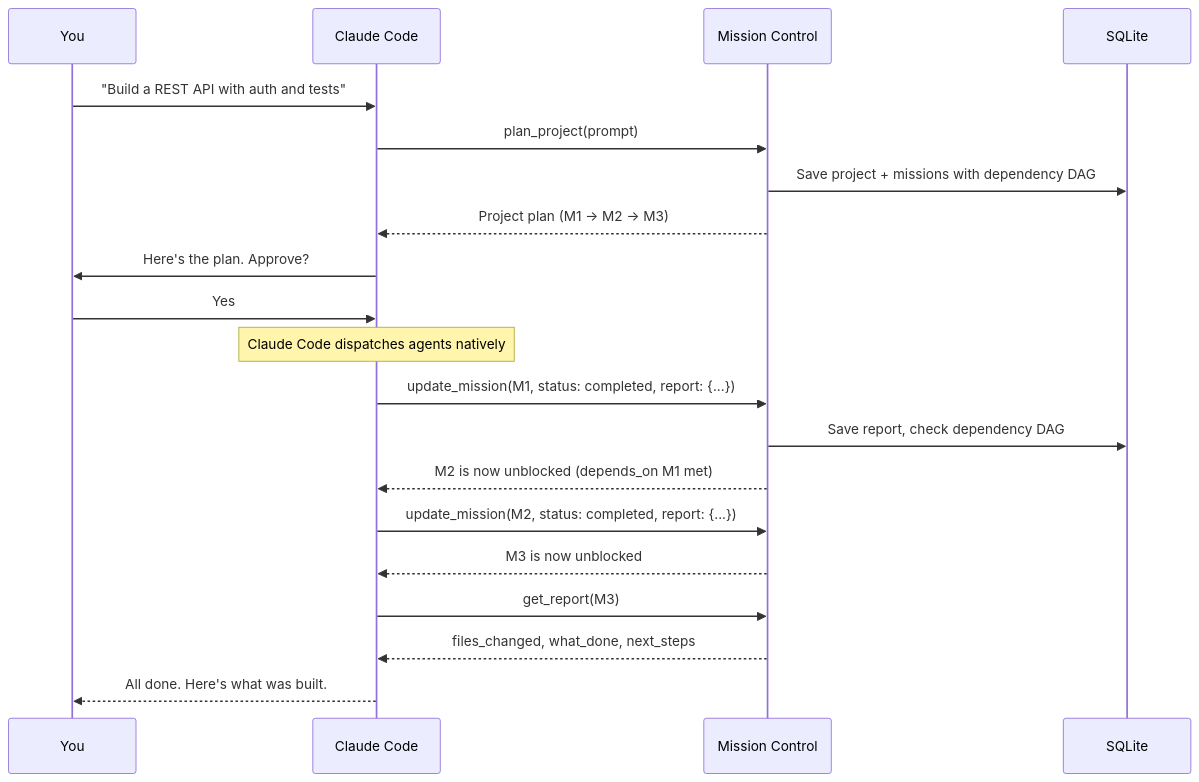
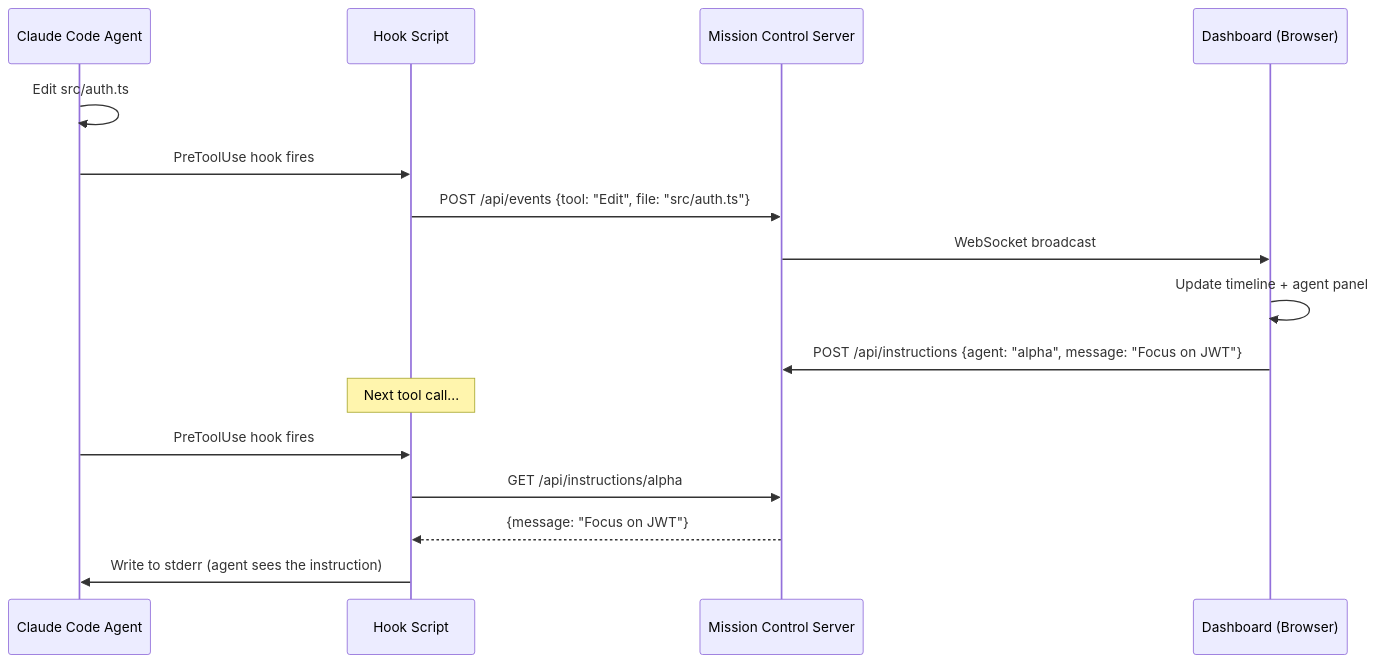
Before and after one commit to Cyvid7-Darus10/claude-mission-control: the diagram in README.md, drawn with Mermaid. The commit also changed other lines of this file and 27 other files, not shown here.

First line of the commit message:
feat: scratch rebuild — new architecture, plan, and research docs

````diff
--- a/README.md
+++ b/README.md
@@ -72,25 +82,20 @@
 ```mermaid
 sequenceDiagram
-    participant U as You
-    participant C as Claude Code
-    participant MC as Mission Control
-    participant DB as SQLite
+    participant A as Claude Code Agent
+    participant H as Hook Script
+    participant S as Mission Control Server
+    participant D as Dashboard (Browser)
 
-    U->>C: "Build a REST API with auth and tests"
-    C->>MC: plan_project(prompt)
-    MC->>DB: Save project + missions with dependency DAG
-    MC-->>C: Project plan (M1 → M2 → M3)
-    C->>U: Here's the plan. Approve?
-    U->>C: Yes
+    A->>A: Edit src/auth.ts
+    A->>H: PreToolUse hook fires
+    H->>S: POST /api/events {tool: "Edit", file: "src/auth.ts"}
+    S->>D: WebSocket broadcast
+    D->>D: Update timeline + agent panel
 
-    Note over C: Claude Code dispatches agents natively
-
-    C->>MC: update_mission(M1, status: completed, report: {...})
-    MC->>DB: Save report, check dependency DAG
-    MC-->>C: M2 is now unblocked (depends_on M1 met)
-    C->>MC: update_mission(M2, status: completed, report: {...})
-    MC-->>C: M3 is now unblocked
-    C->>MC: get_report(M3)
-    MC-->>C: files_changed, what_done, next_steps
-    C-->>U: All done. Here's what was built.
+    D->>S: POST /api/instructions {agent: "alpha", message: "Focus on JWT"}
+    Note over H: Next tool call...
+    A->>H: PreToolUse hook fires
+    H->>S: GET /api/instructions/alpha
+    S-->>H: {message: "Focus on JWT"}
+    H->>A: Write to stderr (agent sees the instruction)
 ```
````
